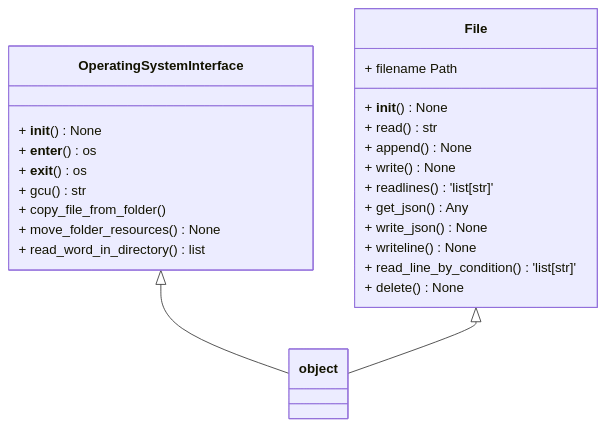
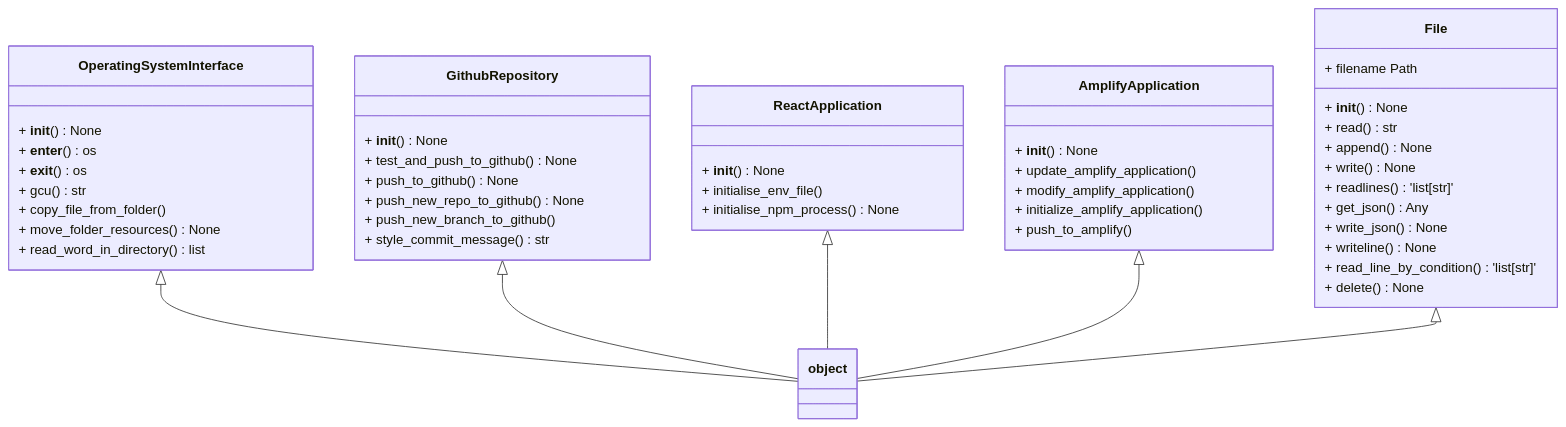
One commit to kesler20/jaguar_backend changed the diagram in README.md. Above: the diagram before and after it, drawn with Mermaid. The commit also changed other lines of this file and 16 other files, not shown here.

````diff
--- a/README.md
+++ b/README.md
@@ -7,24 +7,44 @@
 ```mermaid
 classDiagram
    OperatingSystemInterface <|-- object
    OperatingSystemInterface : + __init__() None
    OperatingSystemInterface : + __enter__() os
    OperatingSystemInterface : + __exit__() os
    OperatingSystemInterface : + gcu() str
    OperatingSystemInterface : + copy_file_from_folder() 
    OperatingSystemInterface : + move_folder_resources() None
    OperatingSystemInterface : + read_word_in_directory() list
+
+   GithubRepository <|-- object
+   GithubRepository : + __init__() None
+   GithubRepository : + test_and_push_to_github() None
+   GithubRepository : + push_to_github() None
+   GithubRepository : + push_new_repo_to_github() None
+   GithubRepository : + push_new_branch_to_github() 
+   GithubRepository : + style_commit_message() str
+
+   ReactApplication <|-- object
+   ReactApplication : + __init__() None
+   ReactApplication : + initialise_env_file() 
+   ReactApplication : + initialise_npm_process() None
+
+   AmplifyApplication <|-- object
+   AmplifyApplication : + __init__() None
+   AmplifyApplication : + update_amplify_application() 
+   AmplifyApplication : + modify_amplify_application() 
+   AmplifyApplication : + initialize_amplify_application() 
+   AmplifyApplication : + push_to_amplify() 
 
    File <|-- object
    File : + filename Path
    File : + __init__() None
    File : + read() str
    File : + append() None
    File : + write() None
    File : + readlines() 'list[str]'
    File : + get_json() Any
    File : + write_json() None
    File : + writeline() None
    File : + read_line_by_condition() 'list[str]'
    File : + delete() None
 ```
````
